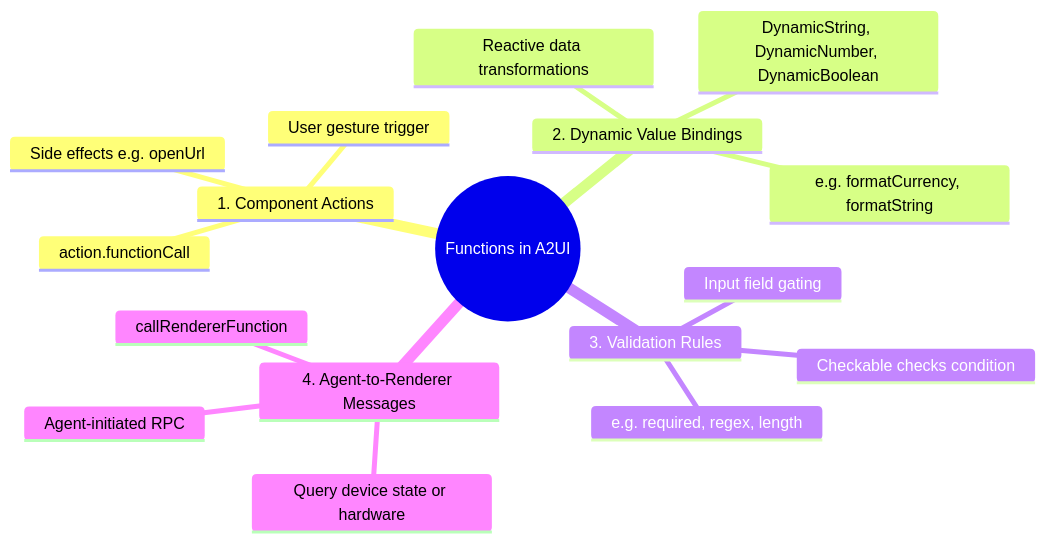
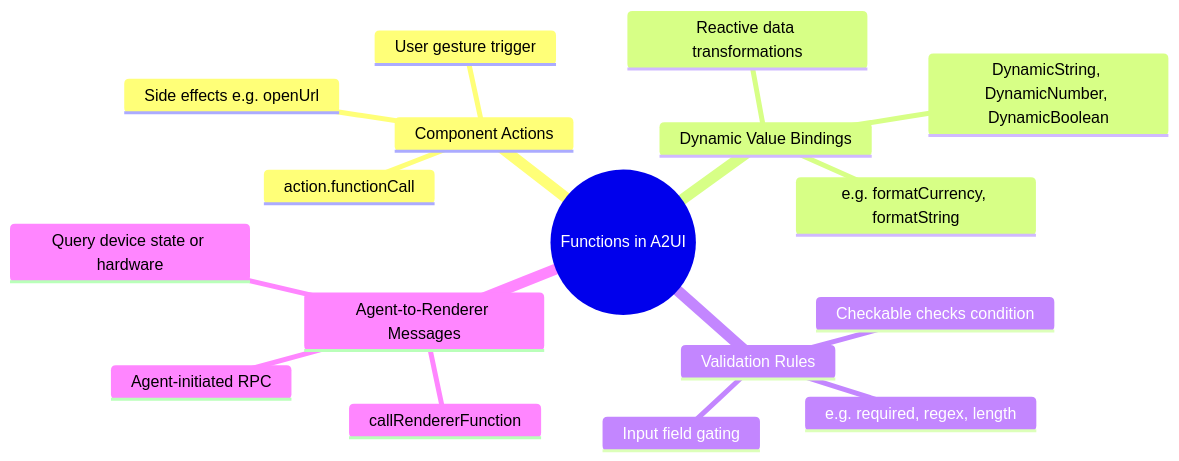
One commit to a2ui-project/a2ui changed the third of 4 diagrams in docs/site/src/content/docs/concepts/actions-and-functions.mdx. Above: the diagram before and after it, drawn with Mermaid. The commit also changed other lines of this file, not shown here.

Commit message:
docs(site): add purpose sentence, unnumber headings, and describe diagrams

````diff
--- a/docs/site/src/content/docs/concepts/actions-and-functions.mdx
+++ b/docs/site/src/content/docs/concepts/actions-and-functions.mdx
@@ -391,20 +399,20 @@
 ```mermaid
 mindmap
   root((Functions in A2UI))
-    1. Component Actions
+    Component Actions
       User gesture trigger
       action.functionCall
       Side effects e.g. openUrl
-    2. Dynamic Value Bindings
+    Dynamic Value Bindings
       Reactive data transformations
       DynamicString, DynamicNumber, DynamicBoolean
       e.g. formatCurrency, formatString
-    3. Validation Rules
+    Validation Rules
       Input field gating
       Checkable checks condition
       e.g. required, regex, length
-    4. Agent-to-Renderer Messages
+    Agent-to-Renderer Messages
       Agent-initiated RPC
       callRendererFunction
       Query device state or hardware
 ```
````
